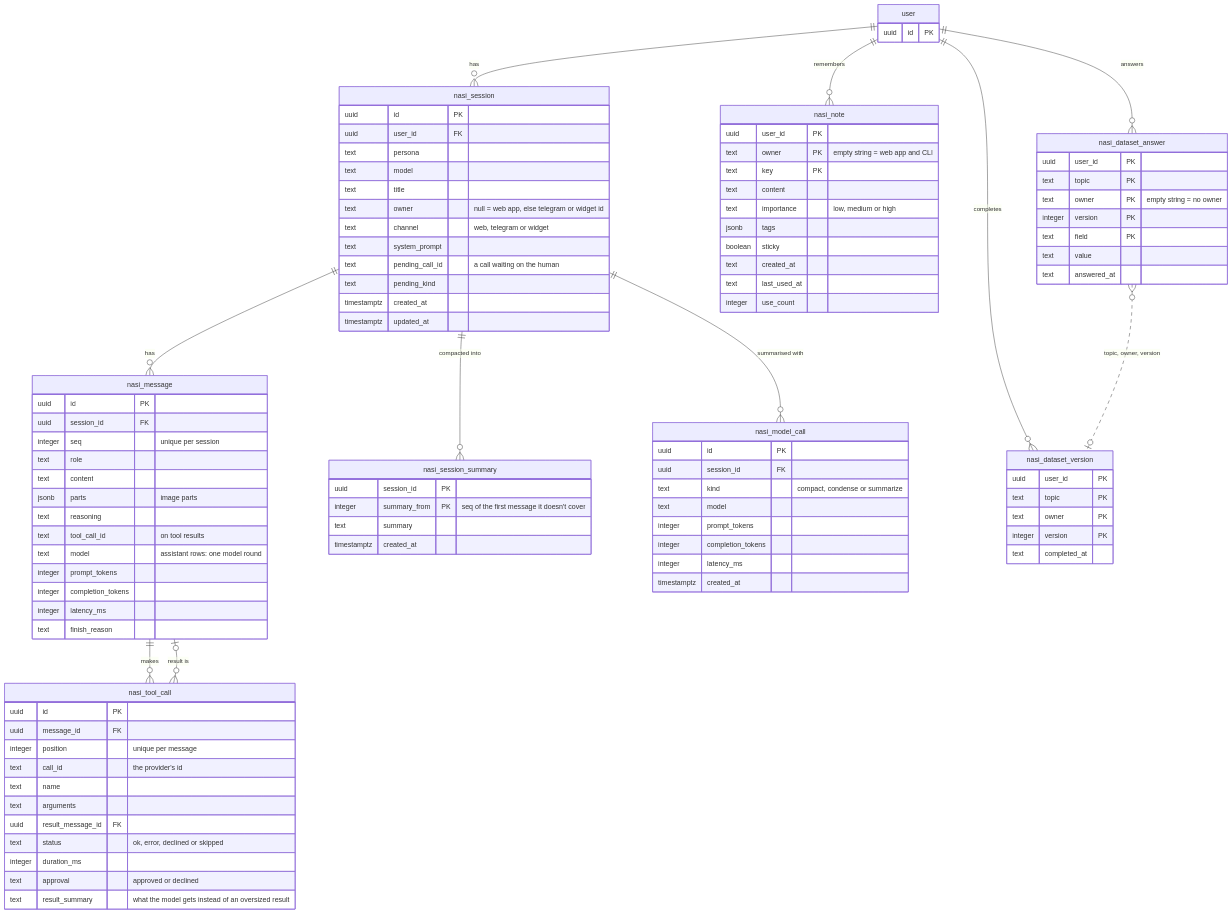
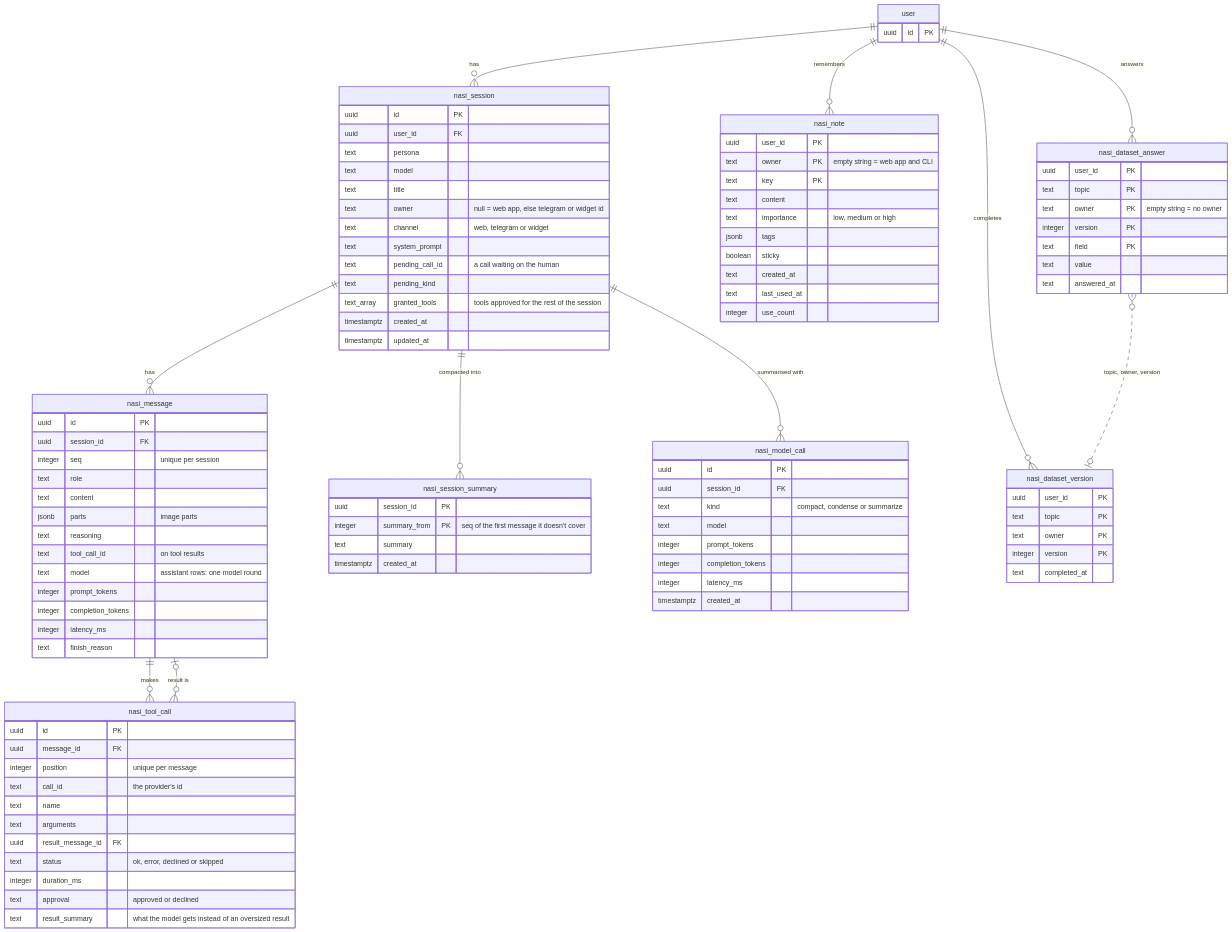
The fifth of 5 diagrams in docs/development/database.md (SubZtep/kaja), drawn with Mermaid before and after one commit. The commit also changed other lines of this file and 129 other files, not shown here.

```diff
--- a/docs/development/database.md
+++ b/docs/development/database.md
@@ -310,6 +312,7 @@
     text system_prompt
     text pending_call_id "a call waiting on the human"
     text pending_kind
+    text_array granted_tools "tools approved for the rest of the session"
     timestamptz created_at
     timestamptz updated_at
   }
```
